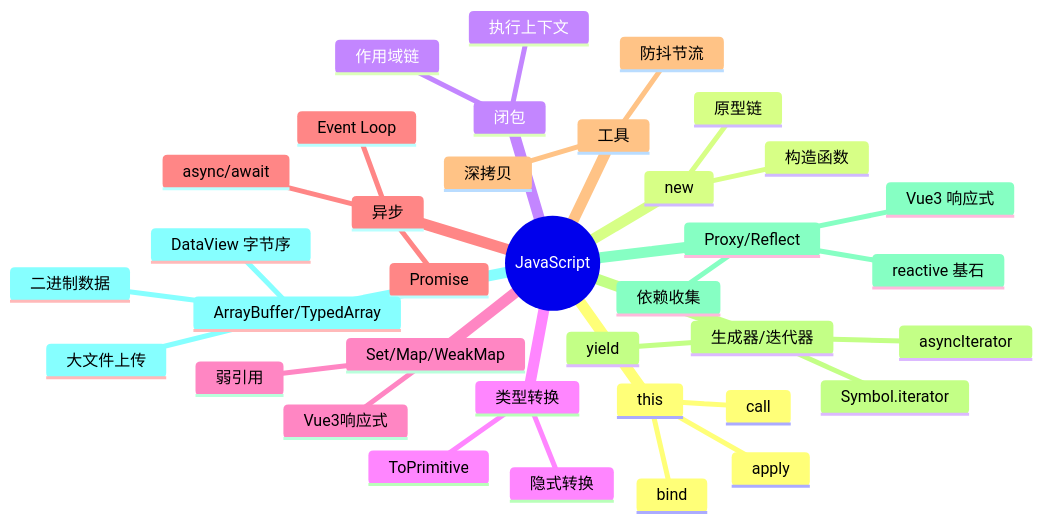
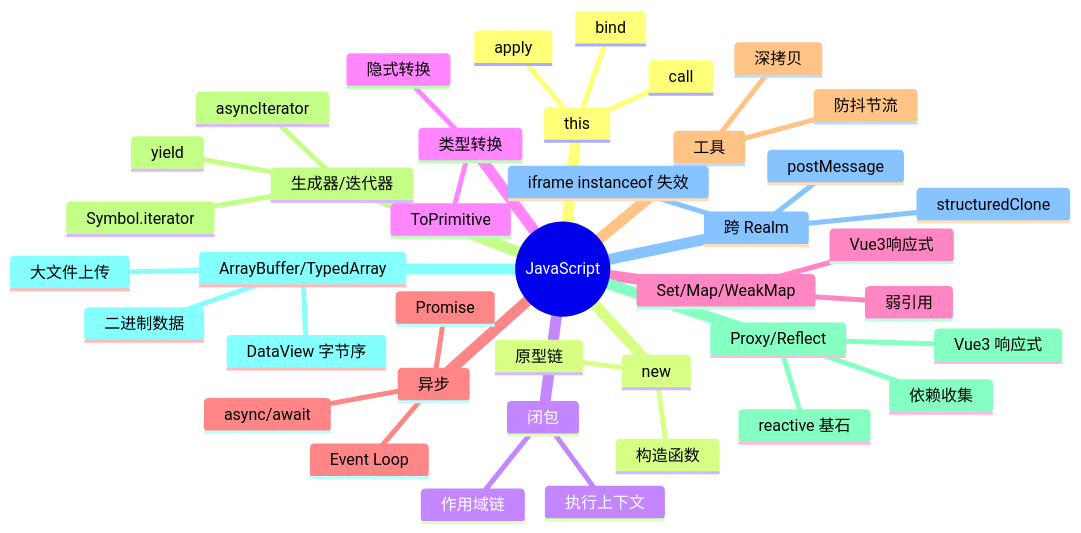
The diagram in docs/JavaScript/index.md (zjh42139/interview-notes), drawn with Mermaid before and after one commit. The commit also changed other lines of this file and 2 other files, not shown here.

Commit message:
feat: 新增跨 Realm 场景子模块（JS）

````diff
--- a/docs/JavaScript/index.md
+++ b/docs/JavaScript/index.md
@@ -9,39 +9,43 @@
 ```mermaid
 mindmap
   root((JavaScript))
     this
       call
       apply
       bind
     new
       构造函数
       原型链
     闭包
       作用域链
       执行上下文
     类型转换
       隐式转换
       ToPrimitive
     Set/Map/WeakMap
       弱引用
       Vue3响应式
     异步
       Promise
       Event Loop
       async/await
     工具
       深拷贝
       防抖节流
     生成器/迭代器
       yield
       Symbol.iterator
       asyncIterator
     Proxy/Reflect
       reactive 基石
       依赖收集
       Vue3 响应式
     ArrayBuffer/TypedArray
       二进制数据
       大文件上传
       DataView 字节序
+    跨 Realm
+      iframe instanceof 失效
+      postMessage
+      structuredClone
 ```
````
